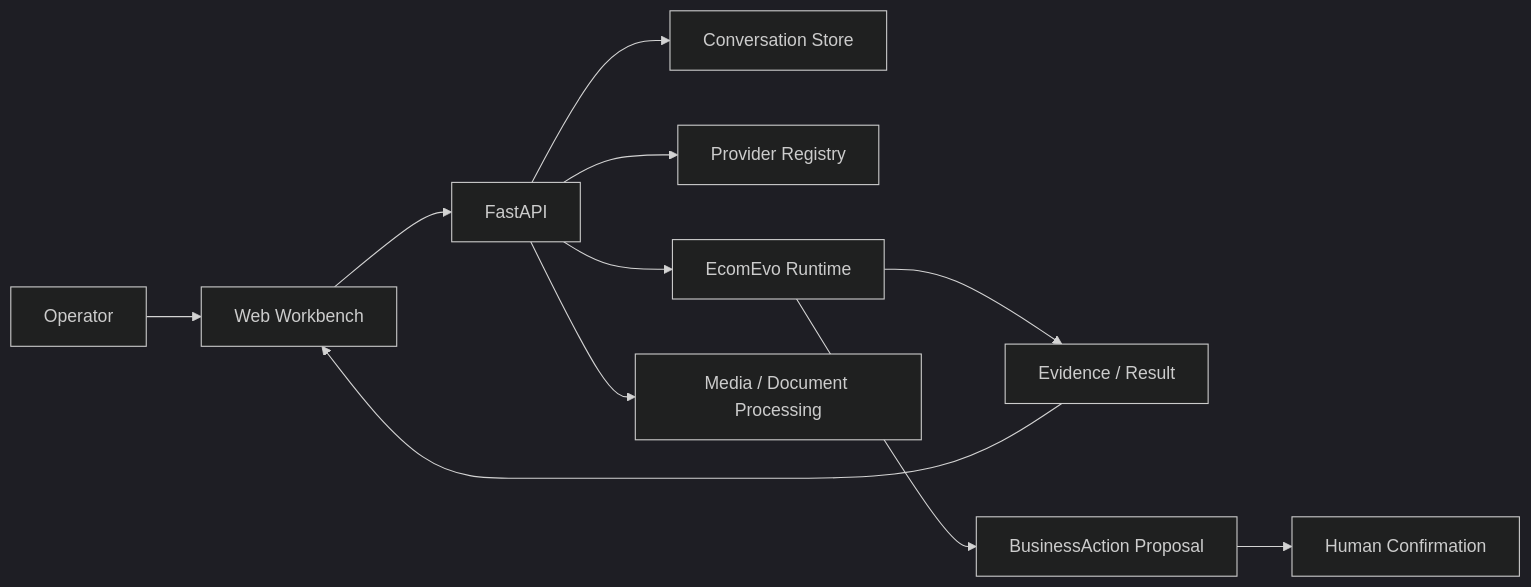
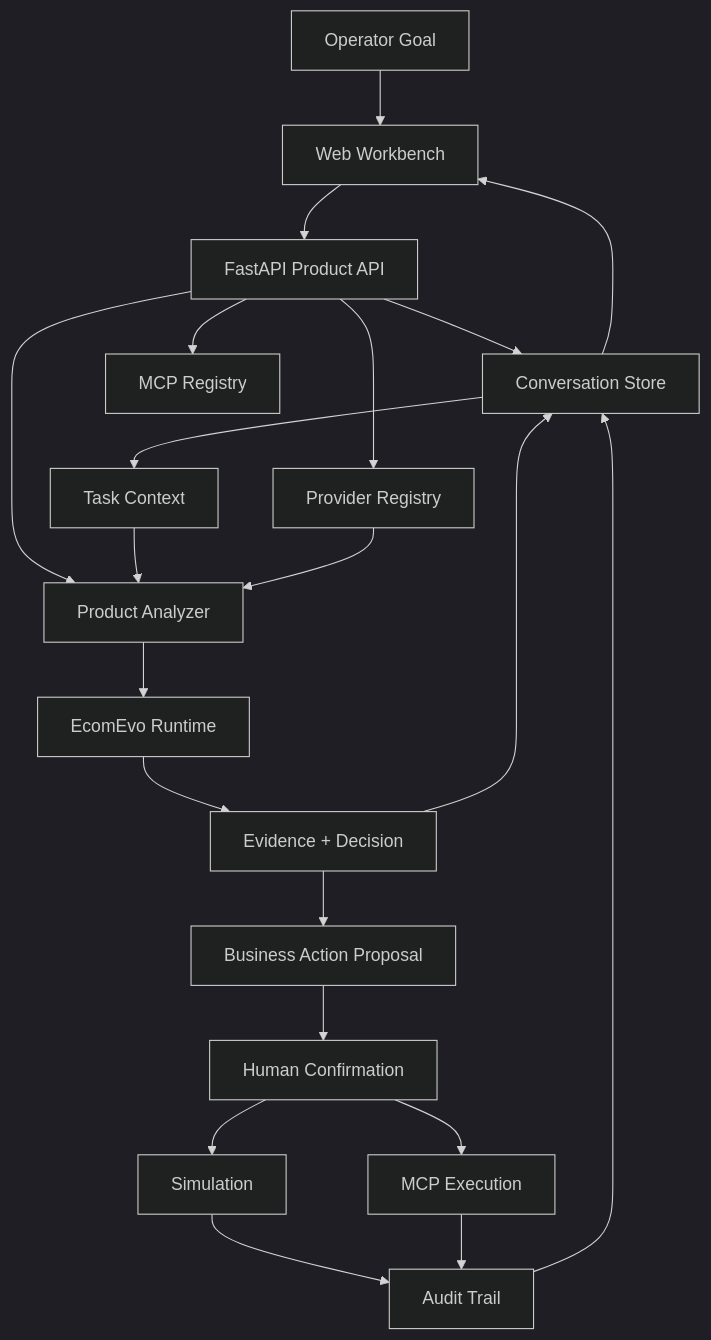
One commit to jiaweine/EcomEvo-Harness changed the first of 4 diagrams in README.md. Above: the diagram before and after it, drawn with Mermaid (dark theme). The commit also changed other lines of this file, not shown here.

````diff
--- a/README.md
+++ b/README.md
@@ -279,13 +37,28 @@
 ```mermaid
-flowchart LR
-    U[Operator] --> W[Web Workbench]
-    W --> A[FastAPI]
-    A --> C[Conversation Store]
-    A --> P[Provider Registry]
-    A --> R[EcomEvo Runtime]
-    A --> M[Media / Document Processing]
-    R --> E[Evidence / Result]
-    E --> W
-    R --> B[BusinessAction Proposal]
-    B --> H[Human Confirmation]
+flowchart TB
+    U[Operator Goal] --> W[Web Workbench]
+    W --> API[FastAPI Product API]
+
+    API --> CONV[Conversation Store]
+    API --> PROV[Provider Registry]
+    API --> ANALYZE[Product Analyzer]
+    API --> MCP[MCP Registry]
+
+    CONV --> SNAP[Task Context]
+    SNAP --> ANALYZE
+    PROV --> ANALYZE
+    ANALYZE --> RT[EcomEvo Runtime]
+
+    RT --> EVID[Evidence + Decision]
+    EVID --> CONV
+    EVID --> ACTION[Business Action Proposal]
+
+    ACTION --> GATE[Human Confirmation]
+    GATE --> SIM[Simulation]
+    GATE --> REAL[MCP Execution]
+
+    SIM --> AUDIT[Audit Trail]
+    REAL --> AUDIT
+    AUDIT --> CONV
+    CONV --> W
 ```
````
